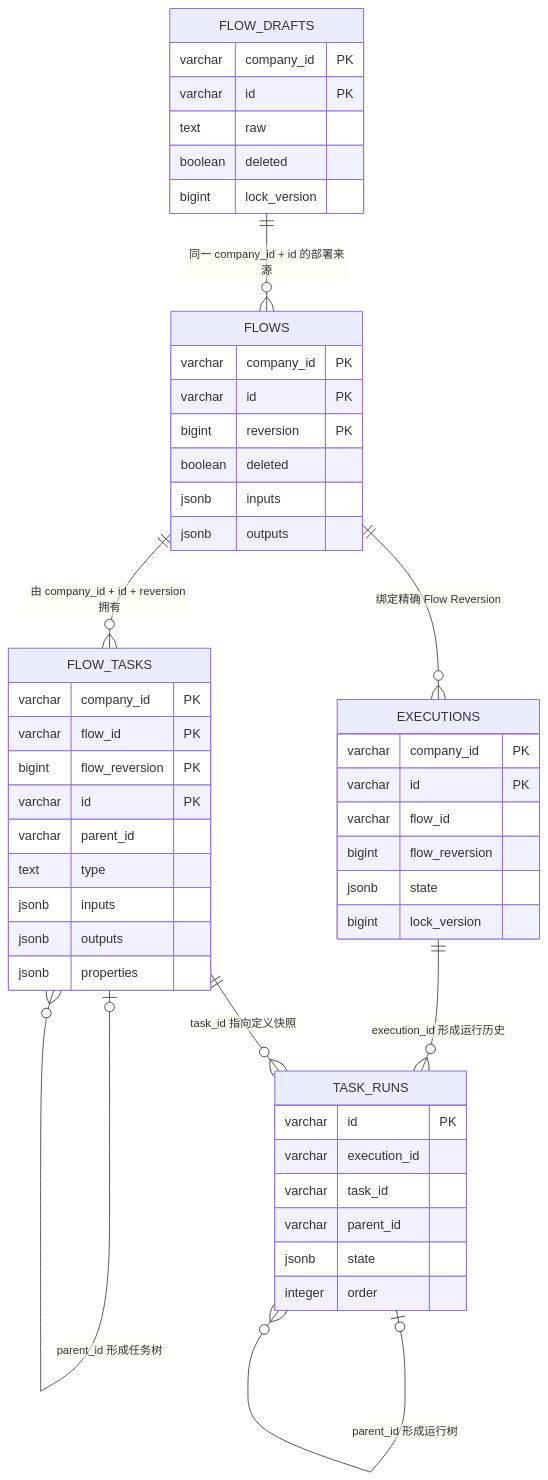
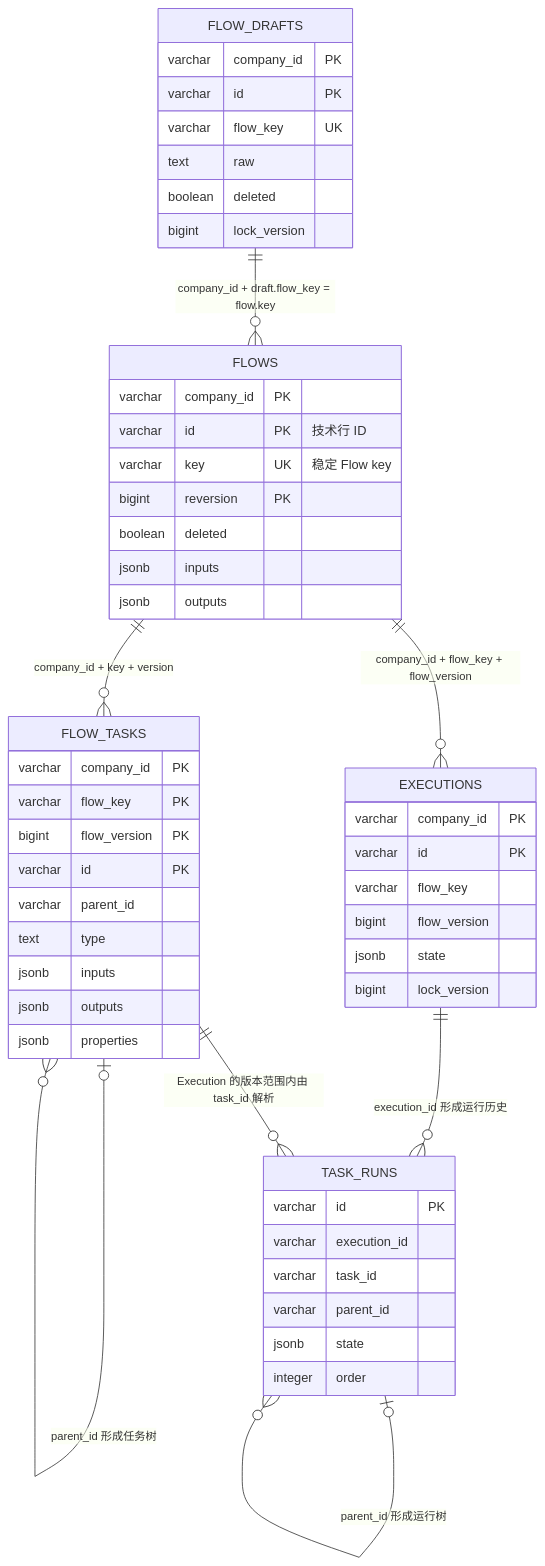
Before and after one commit to Eiddy5/flow: the diagram in docs/harness/postgresql-repositories.md, drawn with Mermaid. The commit also changed other lines of this file and 192 other files, not shown here.

````diff
--- a/docs/harness/postgresql-repositories.md
+++ b/docs/harness/postgresql-repositories.md
@@ -10,58 +10,60 @@
 ```mermaid
 erDiagram
-    FLOW_DRAFTS ||--o{ FLOWS : "同一 company_id + id 的部署来源"
-    FLOWS ||--o{ FLOW_TASKS : "由 company_id + id + reversion 拥有"
-    FLOWS ||--o{ EXECUTIONS : "绑定精确 Flow Reversion"
+    FLOW_DRAFTS ||--o{ FLOWS : "company_id + draft.flow_key = flow.key"
+    FLOWS ||--o{ FLOW_TASKS : "company_id + key + version"
+    FLOWS ||--o{ EXECUTIONS : "company_id + flow_key + flow_version"
     FLOW_TASKS o|--o{ FLOW_TASKS : "parent_id 形成任务树"
     EXECUTIONS ||--o{ TASK_RUNS : "execution_id 形成运行历史"
-    FLOW_TASKS ||--o{ TASK_RUNS : "task_id 指向定义快照"
+    FLOW_TASKS ||--o{ TASK_RUNS : "Execution 的版本范围内由 task_id 解析"
     TASK_RUNS o|--o{ TASK_RUNS : "parent_id 形成运行树"
 
     FLOW_DRAFTS {
         varchar company_id PK
         varchar id PK
+        varchar flow_key UK
         text raw
         boolean deleted
         bigint lock_version
     }
 
     FLOWS {
         varchar company_id PK
-        varchar id PK
+        varchar id PK "技术行 ID"
+        varchar key UK "稳定 Flow key"
         bigint reversion PK
         boolean deleted
         jsonb inputs
         jsonb outputs
     }
 
     FLOW_TASKS {
         varchar company_id PK
-        varchar flow_id PK
-        bigint flow_reversion PK
+        varchar flow_key PK
+        bigint flow_version PK
         varchar id PK
         varchar parent_id
         text type
         jsonb inputs
         jsonb outputs
         jsonb properties
     }
 
     EXECUTIONS {
         varchar company_id PK
         varchar id PK
-        varchar flow_id
-        bigint flow_reversion
+        varchar flow_key
+        bigint flow_version
         jsonb state
         bigint lock_version
     }
 
     TASK_RUNS {
         varchar id PK
         varchar execution_id
         varchar task_id
         varchar parent_id
         jsonb state
         integer order
     }
 
 ```
````
